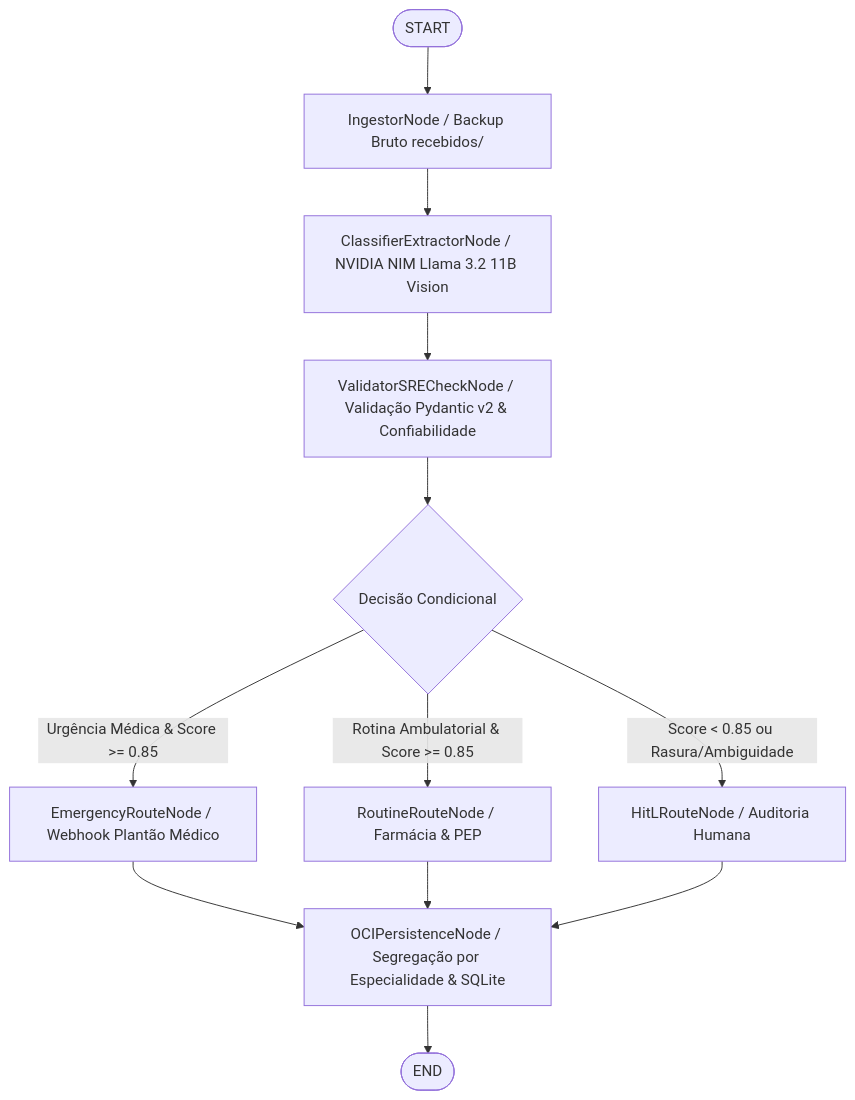
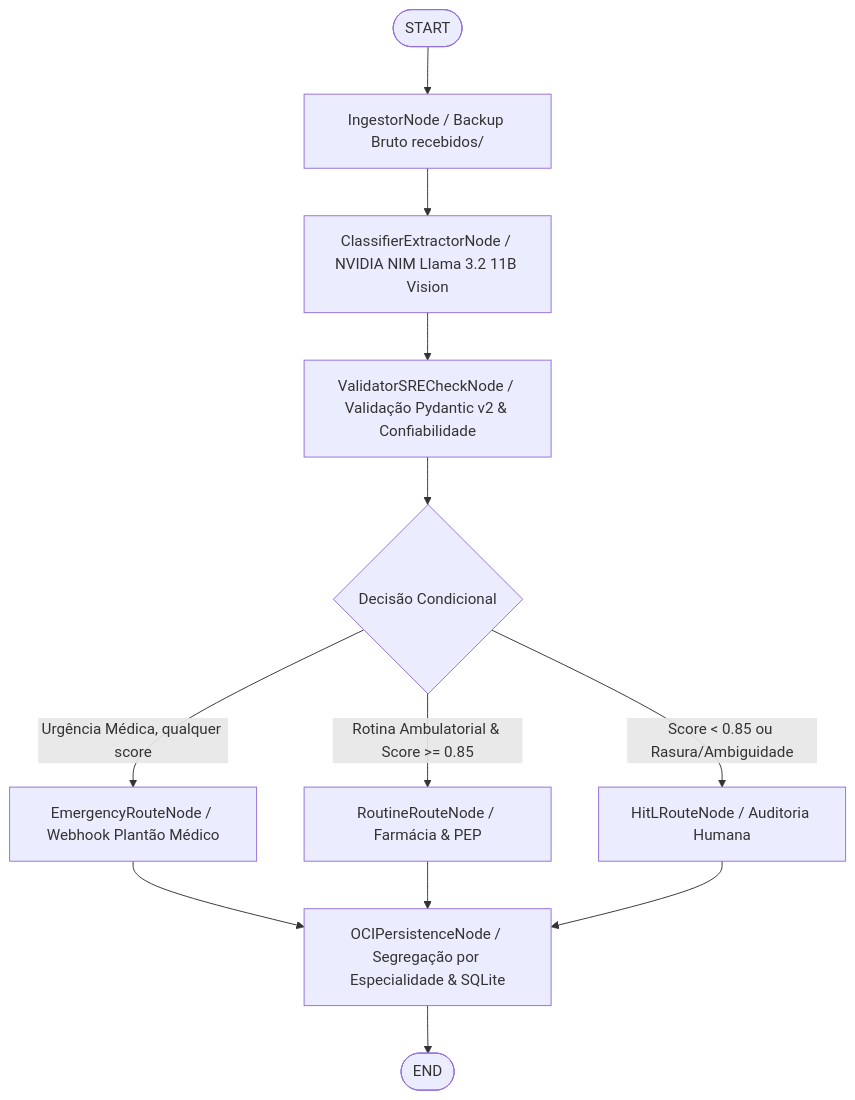
Before and after one commit to No-Country-simulation/G10-BRASIL-equipo-22: the diagram in week3/README.md, drawn with Mermaid. The commit also changed 3 other files, not shown here.

````diff
--- a/week3/README.md
+++ b/week3/README.md
@@ -25,16 +25,16 @@
 ```mermaid
 flowchart TD
     START([START]) --> Ingestor[IngestorNode / Backup Bruto recebidos/]
     Ingestor --> Classifier[ClassifierExtractorNode / NVIDIA NIM Llama 3.2 11B Vision]
     Classifier --> Validator[ValidatorSRECheckNode / Validação Pydantic v2 & Confiabilidade]
     Validator --> Router{Decisão Condicional}
     
-    Router -- "Urgência Médica & Score >= 0.85" --> Emergency[EmergencyRouteNode / Webhook Plantão Médico]
+    Router -- "Urgência Médica, qualquer score" --> Emergency[EmergencyRouteNode / Webhook Plantão Médico]
     Router -- "Rotina Ambulatorial & Score >= 0.85" --> Routine[RoutineRouteNode / Farmácia & PEP]
     Router -- "Score < 0.85 ou Rasura/Ambiguidade" --> HitL[HitLRouteNode / Auditoria Humana]
     
     Emergency --> Storage[OCIPersistenceNode / Segregação por Especialidade & SQLite]
     Routine --> Storage
     HitL --> Storage
     Storage --> END_NODE([END])
 ```
````
